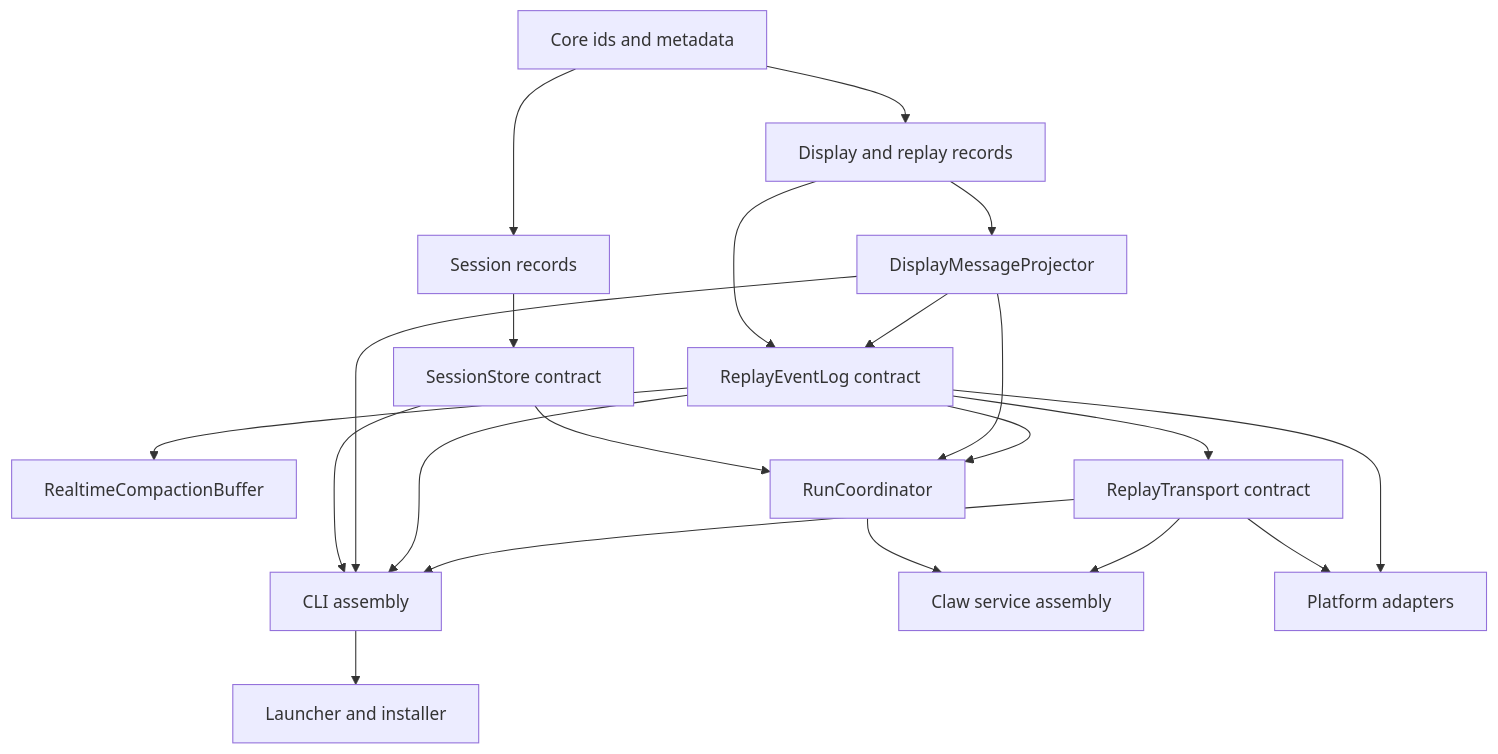
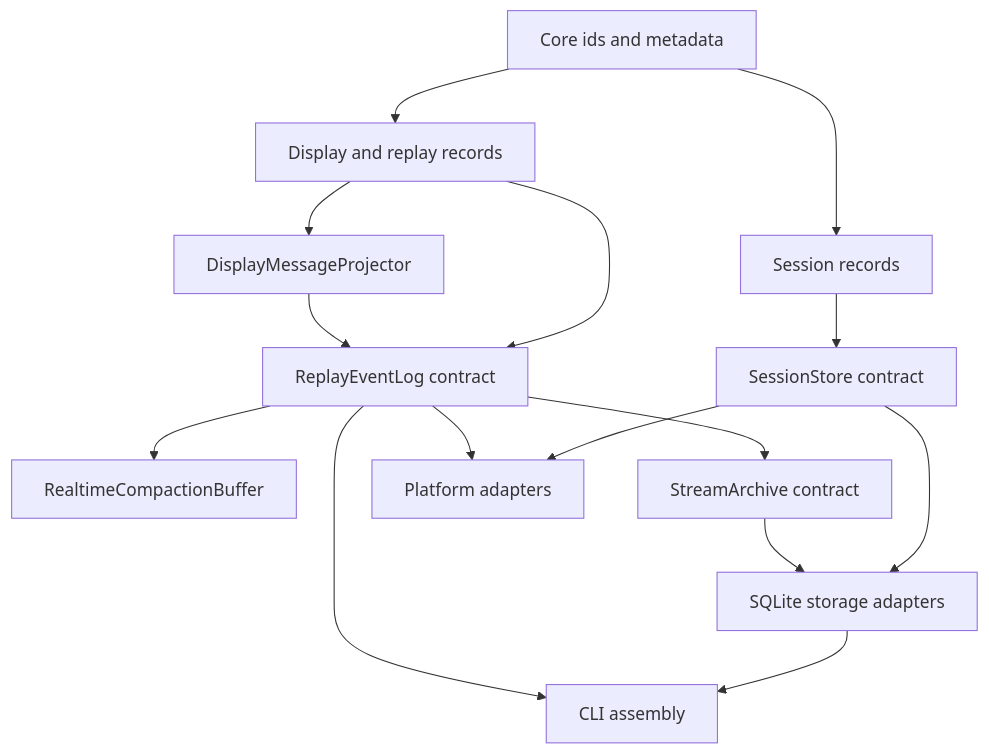
One commit to Wh1isper/starweaver changed the diagram in spec/ops/02-shared-execution-components.md. Above: the diagram before and after it, drawn with Mermaid. The commit also changed other lines of this file and 216 other files, not shown here.

First line of the commit message:
feat: add SDK primitives and remove Claw service

````diff
--- a/spec/ops/02-shared-execution-components.md
+++ b/spec/ops/02-shared-execution-components.md
@@ -50,37 +54,29 @@
 ```mermaid
 flowchart TD
     ids[Core ids and metadata]
     session_records[Session records]
     session_store[SessionStore contract]
     stream_records[Display and replay records]
     projector[DisplayMessageProjector]
     eventlog[ReplayEventLog contract]
     compact[RealtimeCompactionBuffer]
-    transport[ReplayTransport contract]
+    archive[StreamArchive contract]
+    storage[SQLite storage adapters]
     cli[CLI assembly]
-    launcher[Launcher and installer]
-    coordinator[RunCoordinator]
-    service[Claw service assembly]
     platform[Platform adapters]
 
     ids --> session_records
     ids --> stream_records
     session_records --> session_store
     stream_records --> projector
     stream_records --> eventlog
     projector --> eventlog
     eventlog --> compact
-    eventlog --> transport
-    session_store --> cli
-    projector --> cli
+    eventlog --> archive
+    session_store --> storage
+    archive --> storage
+    storage --> cli
     eventlog --> cli
-    transport --> cli
-    cli --> launcher
-    session_store --> coordinator
-    projector --> coordinator
-    eventlog --> coordinator
-    coordinator --> service
-    transport --> service
-    transport --> platform
+    session_store --> platform
     eventlog --> platform
 ```
````
